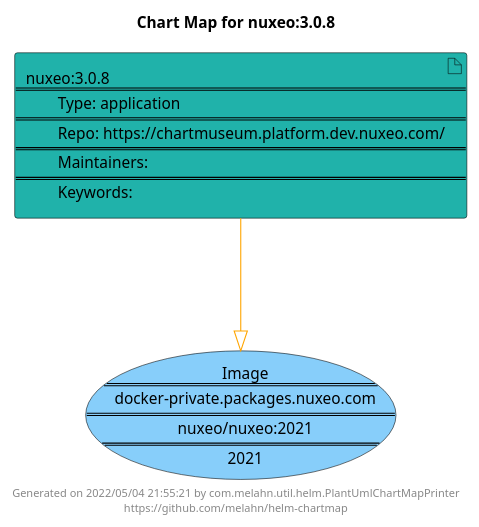
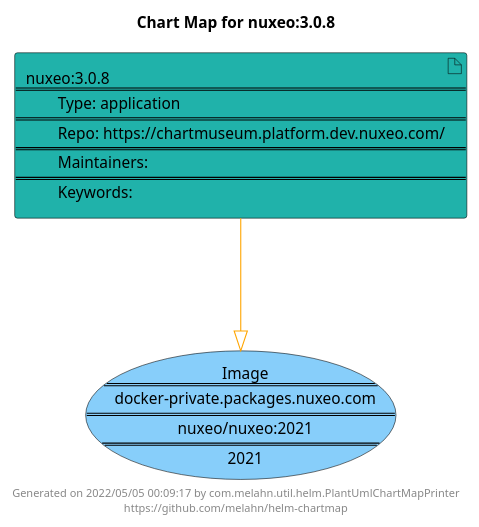
One commit to melahn/helm-chartmap changed the diagram in docs/nuxeo/nuxeo-3.0.9.puml. Above: the diagram before and after it, drawn with PlantUML. The commit also changed 62 other files, not shown here.

Commit message:
Update Example Chart Maps as part of GitHub build

```diff
--- a/docs/nuxeo/nuxeo-3.0.9.puml
+++ b/docs/nuxeo/nuxeo-3.0.9.puml
@@ -1,21 +1,21 @@
 @startuml
 skinparam linetype ortho
 skinparam backgroundColor white
 skinparam usecaseBorderColor black
 skinparam usecaseArrowColor LightSlateGray
 skinparam artifactBorderColor black
 skinparam artifactArrowColor LightSlateGray
 
 title Chart Map for nuxeo:3.0.8
 
 'There is one referenced Helm Chart
 artifact "nuxeo:3.0.8\n====\n\tType: application\n====\n\tRepo: https://chartmuseum.platform.dev.nuxeo.com/\n====\n\tMaintainers: \n====\n\tKeywords: " as nuxeo_3_0_8 #LightSeaGreen
 
 'There is one referenced Docker Image
 usecase "Image\n====\ndocker-private.packages.nuxeo.com\n====\nnuxeo/nuxeo:2021\n====\n2021" as docker_private_packages_nuxeo_com_nuxeo_nuxeo_2021 #LightSkyBlue
 
 'Chart Dependencies
 nuxeo_3_0_8--[#orange]-|>docker_private_packages_nuxeo_com_nuxeo_nuxeo_2021
 
-center footer Generated on 2022/05/04 21:55:21 by com.melahn.util.helm.PlantUmlChartMapPrinter\nhttps://github.com/melahn/helm-chartmap
+center footer Generated on 2022/05/05 00:09:17 by com.melahn.util.helm.PlantUmlChartMapPrinter\nhttps://github.com/melahn/helm-chartmap
 @enduml
```
